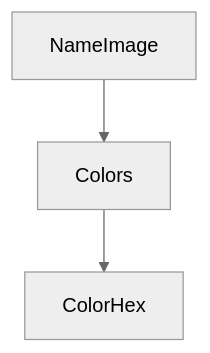
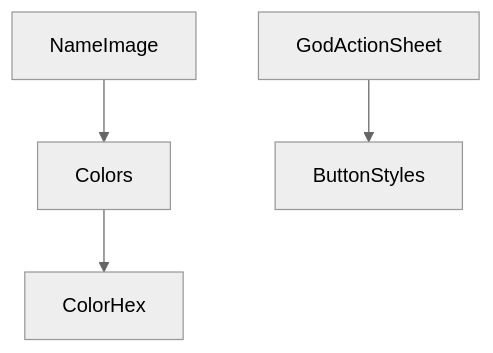
One commit to 0x1-company/god-ios changed the diagram in Packages/UIComponentPackage/README.md. Above: the diagram before and after it, drawn with Mermaid (neutral theme). The commit also changed 1 other file, not shown here.

Commit message:
chore: 🤖 dgraph

````diff
--- a/Packages/UIComponentPackage/README.md
+++ b/Packages/UIComponentPackage/README.md
@@ -6,5 +6,6 @@
 ```mermaid
 graph TD;
     Colors-->ColorHex;
+    GodActionSheet-->ButtonStyles;
     NameImage-->Colors;
 ```
````
